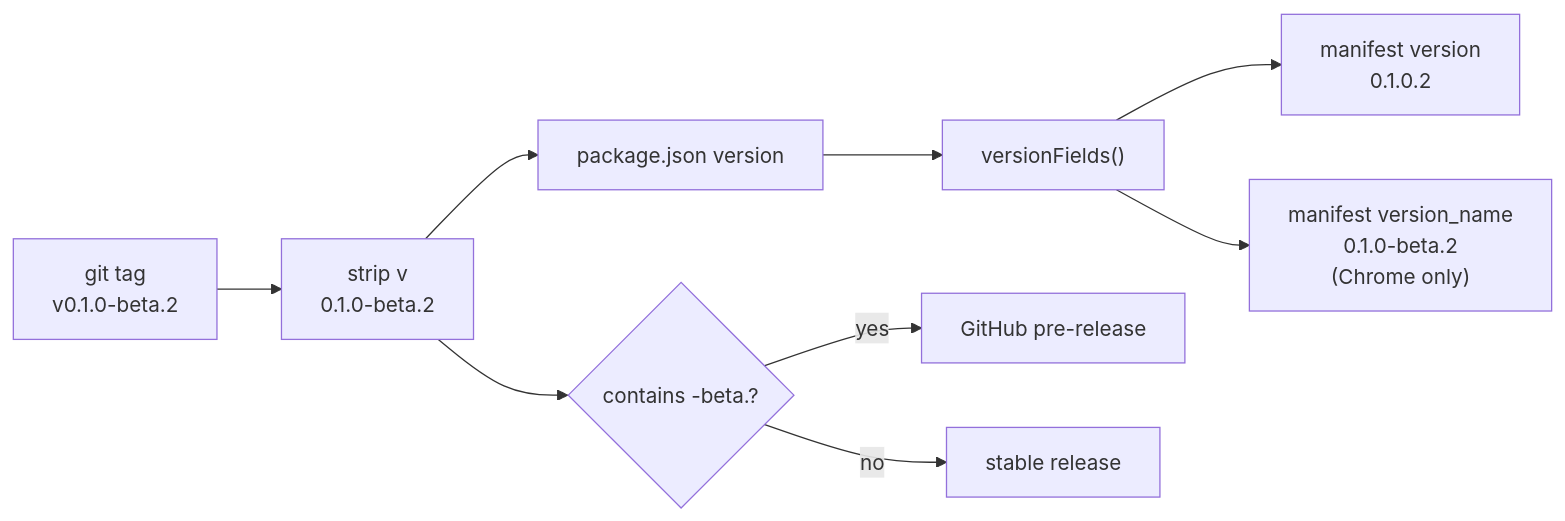
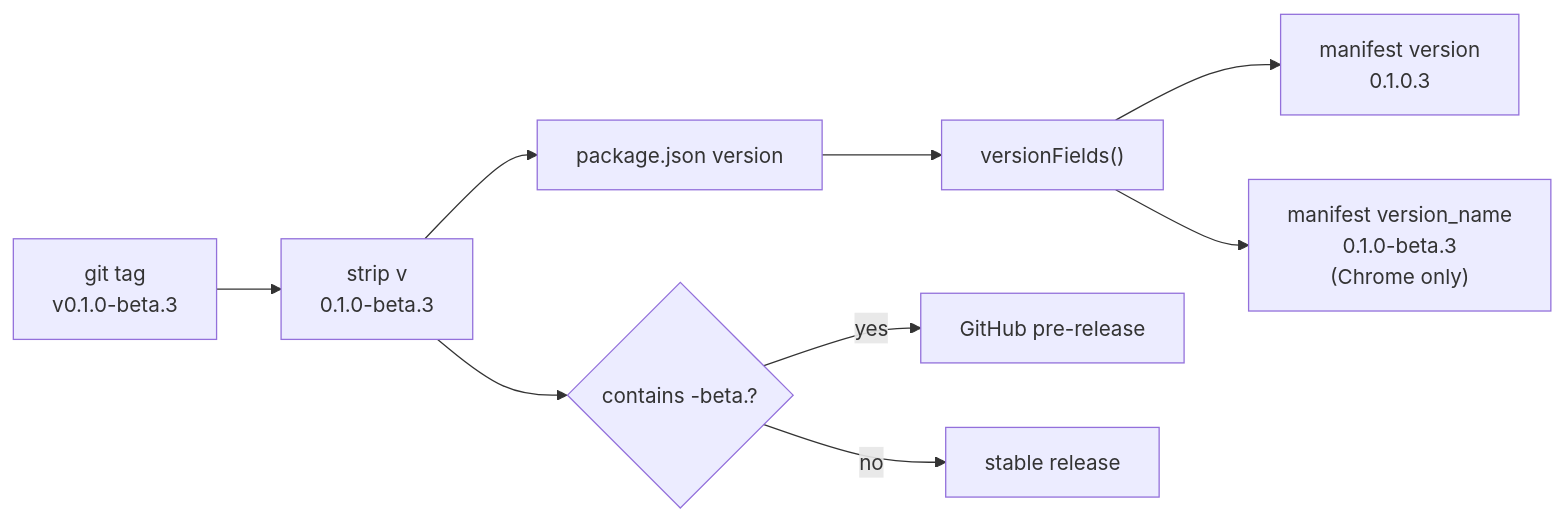
One commit to abdullahkhfb/narrately changed the first of 2 diagrams in docs/releasing.md. Above: the diagram before and after it, drawn with Mermaid. The commit also changed other lines of this file and 49 other files, not shown here.

````diff
--- a/docs/releasing.md
+++ b/docs/releasing.md
@@ -19,11 +19,11 @@
 ```mermaid
 flowchart LR
-    tag["git tag<br/>v0.1.0-beta.2"] --> strip["strip v<br/>0.1.0-beta.2"]
+    tag["git tag<br/>v0.1.0-beta.3"] --> strip["strip v<br/>0.1.0-beta.3"]
     strip --> npm["package.json version"]
     npm --> mf["versionFields()"]
-    mf --> ver["manifest version<br/>0.1.0.2"]
-    mf --> name["manifest version_name<br/>0.1.0-beta.2<br/>(Chrome only)"]
+    mf --> ver["manifest version<br/>0.1.0.3"]
+    mf --> name["manifest version_name<br/>0.1.0-beta.3<br/>(Chrome only)"]
     strip --> pre{"contains -beta.?"}
     pre -- yes --> prerelease["GitHub pre-release"]
     pre -- no --> stable["stable release"]
 ```
````
